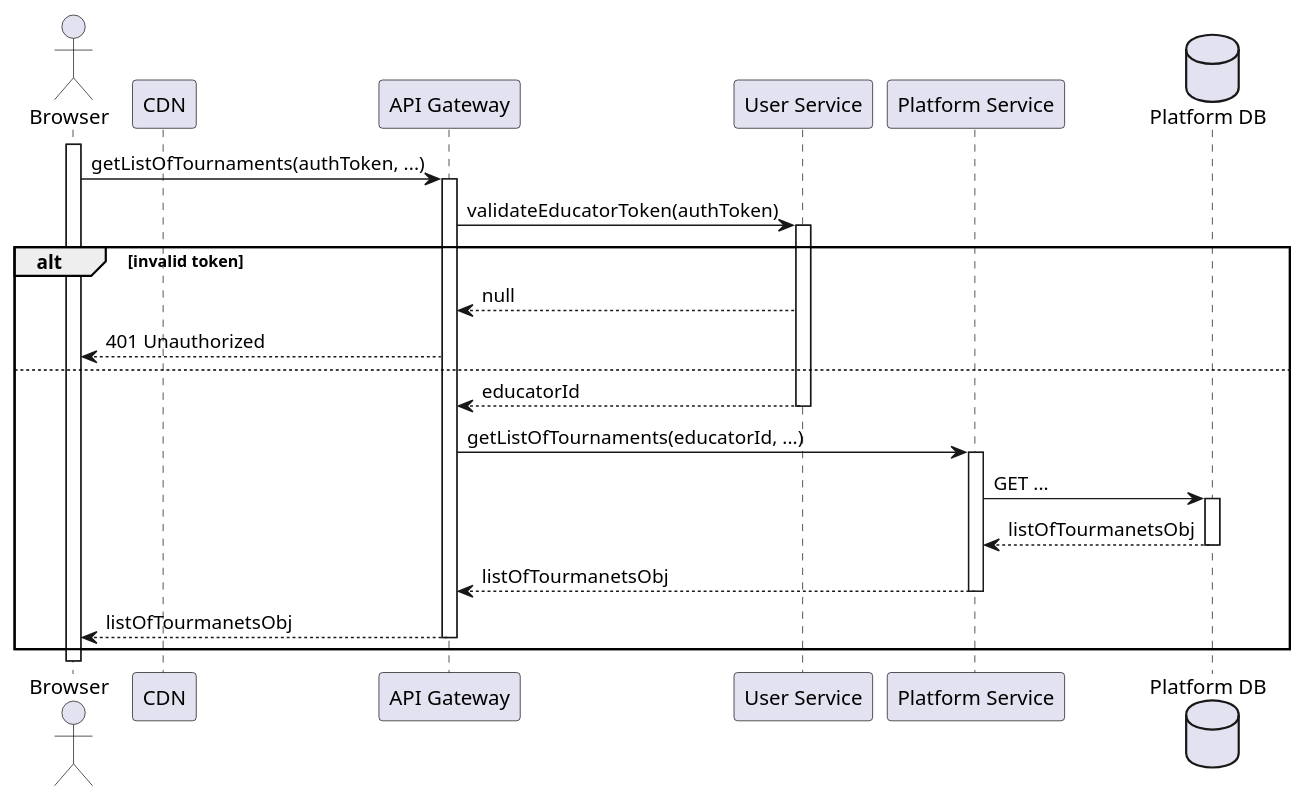
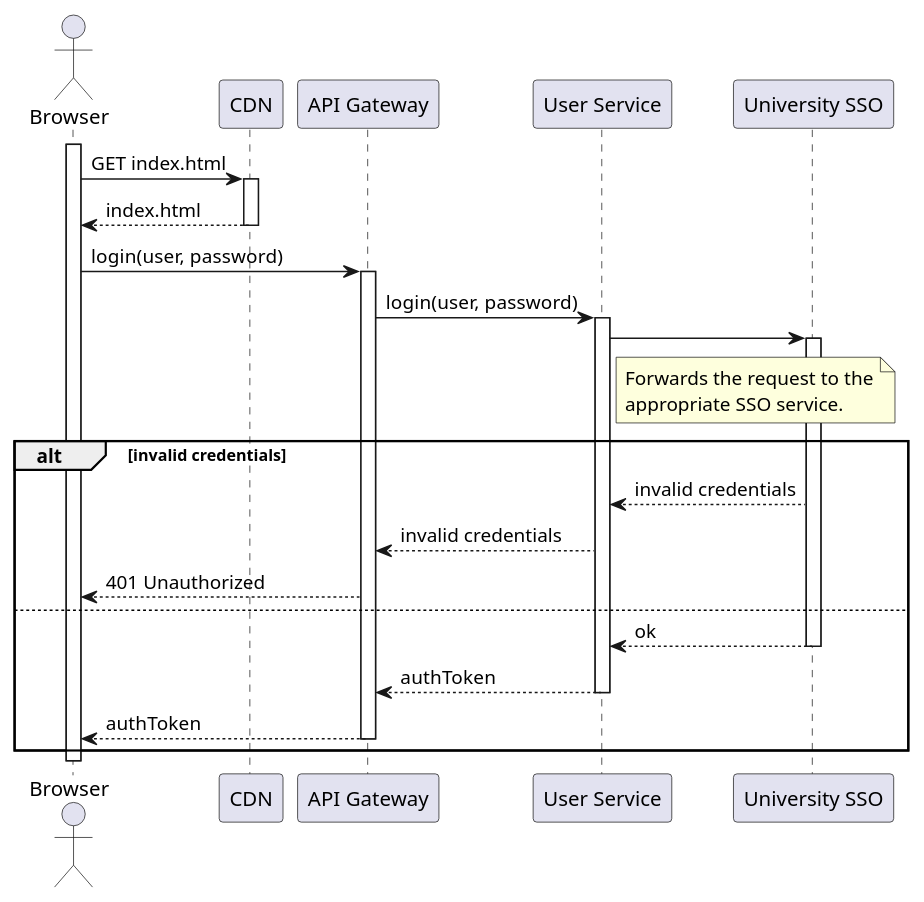
Before and after one commit to Furrrlo/CodeKataBattle: the diagram in dd/puml/rw0.1.puml, drawn with PlantUML. The commit also changed 5 other files, not shown here.

```diff
--- a/dd/puml/rw0.1.puml
+++ b/dd/puml/rw0.1.puml
@@ -1,27 +1,33 @@
-@startuml RW0.1 - User gets list of tournaments
+@startuml RW0.1 - Login
 
 actor Browser
+
 participant CDN
 participant "API Gateway" as gateway
 participant "User Service" as auth
-
-participant "Platform Service" as platform
-database "Platform DB" as platformDb
+participant "University SSO" as sso
 
 activate Browser
 
-Browser -> gateway ++ : getListOfTournaments(authToken, ...)
-gateway -> auth ++ : validateEducatorToken(authToken)
-alt invalid token
-    gateway <-- auth : null
+Browser -> CDN ++ : GET index.html
+Browser <-- CDN -- : index.html
+
+Browser -> gateway ++ : login(user, password)
+gateway -> auth ++ : login(user, password)
+auth -> sso ++
+note right of auth
+    Forwards the request to the
+    appropriate SSO service.
+end note
+alt invalid credentials
+    auth <-- sso: invalid credentials
+    gateway <-- auth : invalid credentials
     Browser <-- gateway : 401 Unauthorized
 else
-    gateway <-- auth -- : educatorId
-    gateway -> platform ++ : getListOfTournaments(educatorId, ...)
-    platform -> platformDb ++ : GET ...
-    platform <-- platformDb -- : listOfTourmanetsObj
-    gateway <-- platform -- : listOfTourmanetsObj
-    Browser <-- gateway -- : listOfTourmanetsObj
+    auth <-- sso -- : ok
+    gateway <-- auth -- : authToken
+    Browser <-- gateway -- : authToken
 end
+deactivate Browser
 
 @enduml
```
